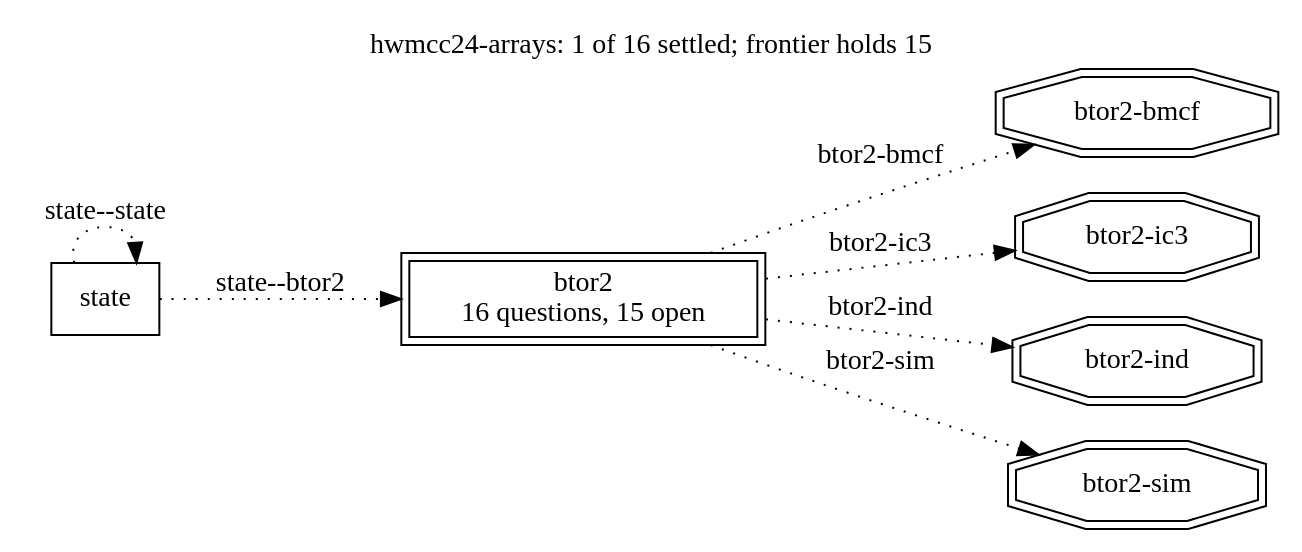
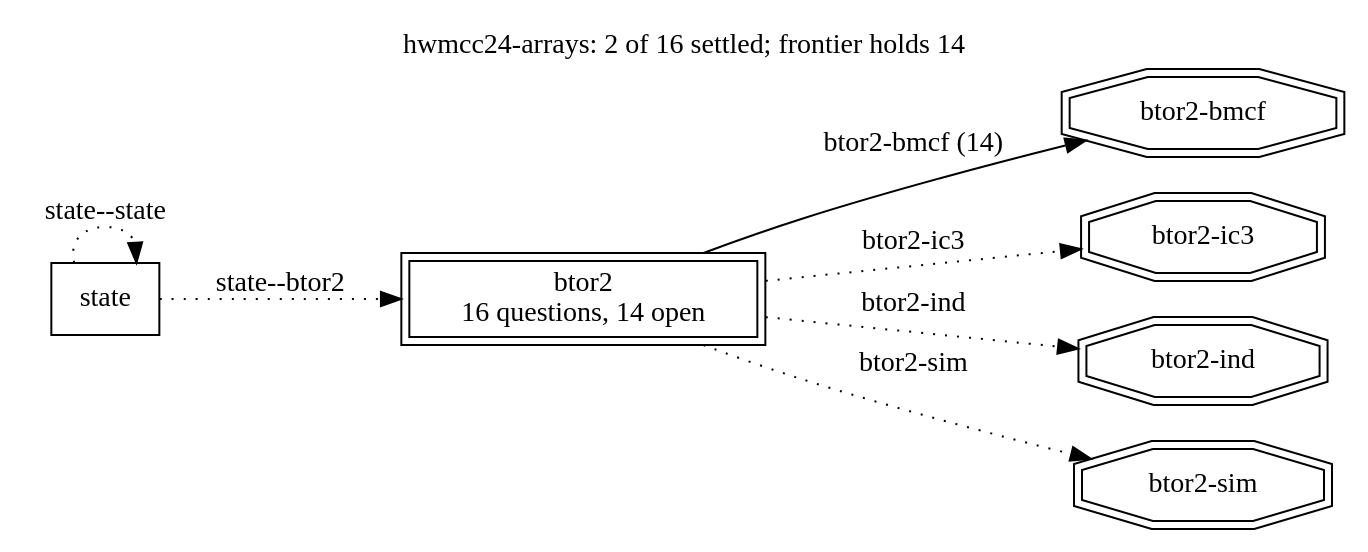
One commit to cksystemsgroup/hurdy-gurdy changed the diagram in runs/hwmcc24-arrays/frontier.dot. Above: the diagram before and after it, drawn with Graphviz. The commit also changed 2 other files, not shown here.

```diff
--- a/runs/hwmcc24-arrays/frontier.dot
+++ b/runs/hwmcc24-arrays/frontier.dot
@@ -1,17 +1,17 @@
 digraph "hwmcc24-arrays" {
   rankdir=LR; labelloc=t;
-  label="hwmcc24-arrays: 1 of 16 settled; frontier holds 15";
+  label="hwmcc24-arrays: 2 of 16 settled; frontier holds 14";
   node [shape=box];
-  "btor2" [peripheries=2, label="btor2\n16 questions, 15 open"];
+  "btor2" [peripheries=2, label="btor2\n16 questions, 14 open"];
   "state";
   "state" -> "btor2" [style=dotted, label="state--btor2"];
   "state" -> "state" [style=dotted, label="state--state"];
   "terminal:btor2-bmcf" [shape=doubleoctagon, label="btor2-bmcf"];
-  "btor2" -> "terminal:btor2-bmcf" [style=dotted, label="btor2-bmcf"];
+  "btor2" -> "terminal:btor2-bmcf" [style=solid, label="btor2-bmcf (14)"];
   "terminal:btor2-ic3" [shape=doubleoctagon, label="btor2-ic3"];
   "btor2" -> "terminal:btor2-ic3" [style=dotted, label="btor2-ic3"];
   "terminal:btor2-ind" [shape=doubleoctagon, label="btor2-ind"];
   "btor2" -> "terminal:btor2-ind" [style=dotted, label="btor2-ind"];
   "terminal:btor2-sim" [shape=doubleoctagon, label="btor2-sim"];
   "btor2" -> "terminal:btor2-sim" [style=dotted, label="btor2-sim"];
 }
```
